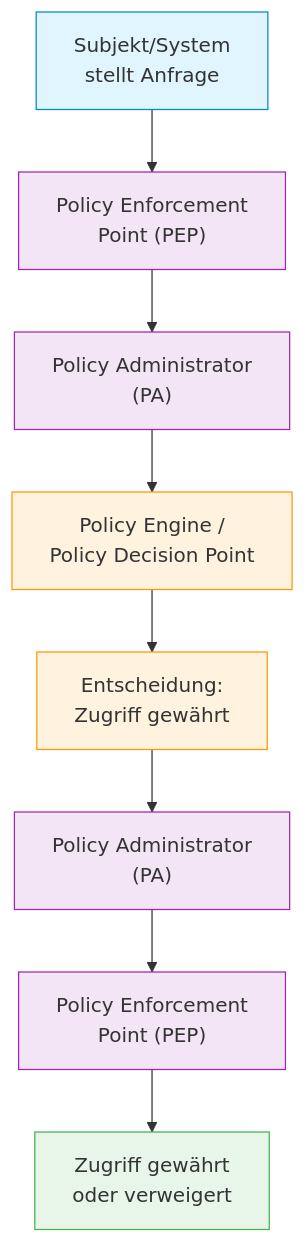
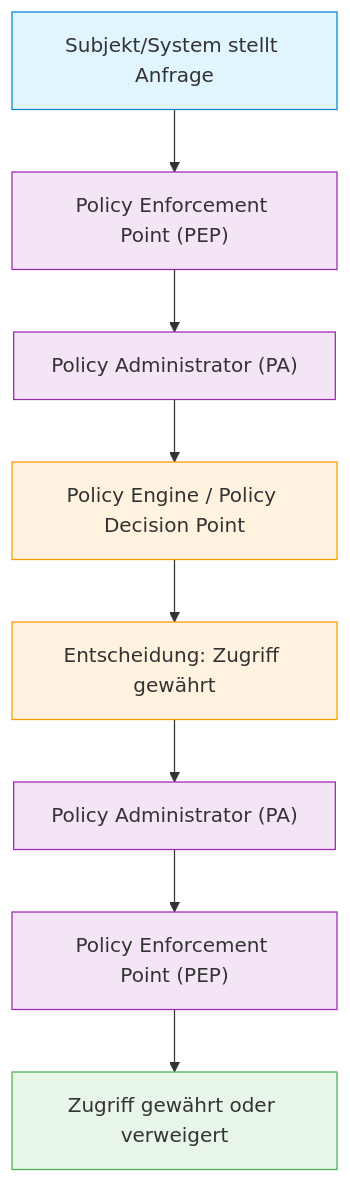
One commit to gw-ai-security/CompTIA-Security-SY0-70-Vorbereitung changed the diagram in docs/1_Allgemeine_Sicherheitskonzepte/1.24_Zero_Trust.md. Above: the diagram before and after it, drawn with Mermaid.

````diff
--- a/docs/1_Allgemeine_Sicherheitskonzepte/1.24_Zero_Trust.md
+++ b/docs/1_Allgemeine_Sicherheitskonzepte/1.24_Zero_Trust.md
@@ -116,25 +116,25 @@
 ```mermaid
 flowchart TD
-    A["Subjekt/System\nstellt Anfrage"] --> B["Policy Enforcement\nPoint (PEP)"]
-    B --> C["Policy Administrator\n(PA)"]
-    C --> D["Policy Engine /\nPolicy Decision Point"]
-    D --> E["Entscheidung:\nZugriff gewährt"]
-    E --> F["Policy Administrator\n(PA)"]
-    F --> G["Policy Enforcement\nPoint (PEP)"]
-    G --> H["Zugriff gewährt\noder verweigert"]
+    A["Subjekt/System stellt Anfrage"] --> B["Policy Enforcement Point (PEP)"]
+    B --> C["Policy Administrator (PA)"]
+    C --> D["Policy Engine / Policy Decision Point"]
+    D --> E["Entscheidung: Zugriff gewährt"]
+    E --> F["Policy Administrator (PA)"]
+    F --> G["Policy Enforcement Point (PEP)"]
+    G --> H["Zugriff gewährt oder verweigert"]
     
     A:::start
     B:::process
     C:::process
     D:::decision
     E:::decision
     F:::process
     G:::process
     H:::finale
     
     classDef start fill:#e1f5fe,stroke:#0288d1
     classDef process fill:#f3e5f5,stroke:#9c27b0
     classDef decision fill:#fff3e0,stroke:#ff9800
     classDef finale fill:#e8f5e9,stroke:#4caf50
 
 ```
````
